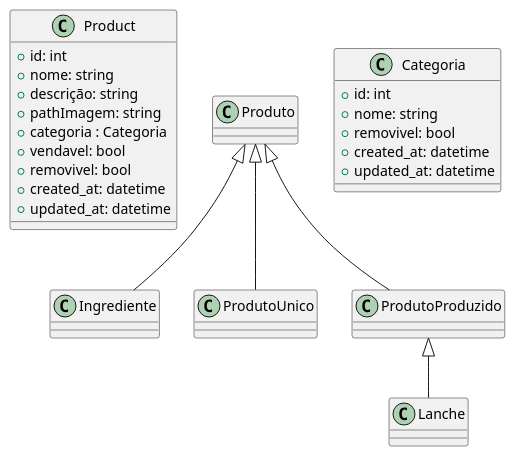
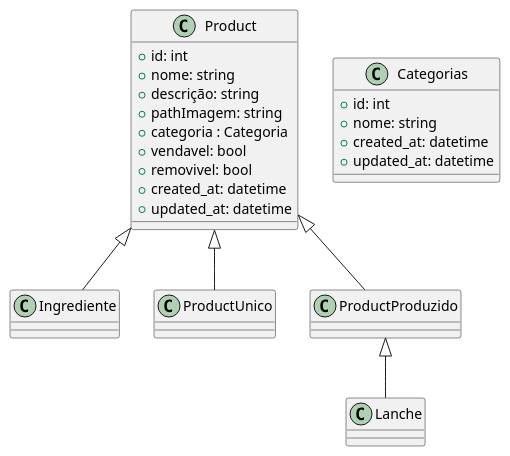
One commit to rochafernando/QuickBite changed the first of 2 diagrams in docs/src/drafts/ProductDefinition.puml. Above: the diagram before and after it, drawn with PlantUML. The commit also changed 1 other file, not shown here.

```diff
--- a/docs/src/drafts/ProductDefinition.puml
+++ b/docs/src/drafts/ProductDefinition.puml
@@ -1,35 +1,33 @@
 @startuml Product Management
 
 class Product {
     + id: int
     + nome: string
     + descrição: string
     + pathImagem: string
     + categoria : Categoria
     + vendavel: bool
     + removivel: bool
     + created_at: datetime
     + updated_at: datetime
 }
 
 
-class Ingrediente extends Produto {}
+class Ingrediente extends Product {}
 
-class ProdutoUnico extends Produto {}
+class ProductUnico extends Product {}
 
-class ProdutoProduzido extends Produto {}
+class ProductProduzido extends Product {}
 
-class Lanche extends ProdutoProduzido {}
+class Lanche extends ProductProduzido {}
 
-class Categoria {
+class Categorias {
     + id: int
     + nome: string
-    + removivel: bool
     + created_at: datetime
     + updated_at: datetime
-
 }
 
 
 
 @enduml
```
